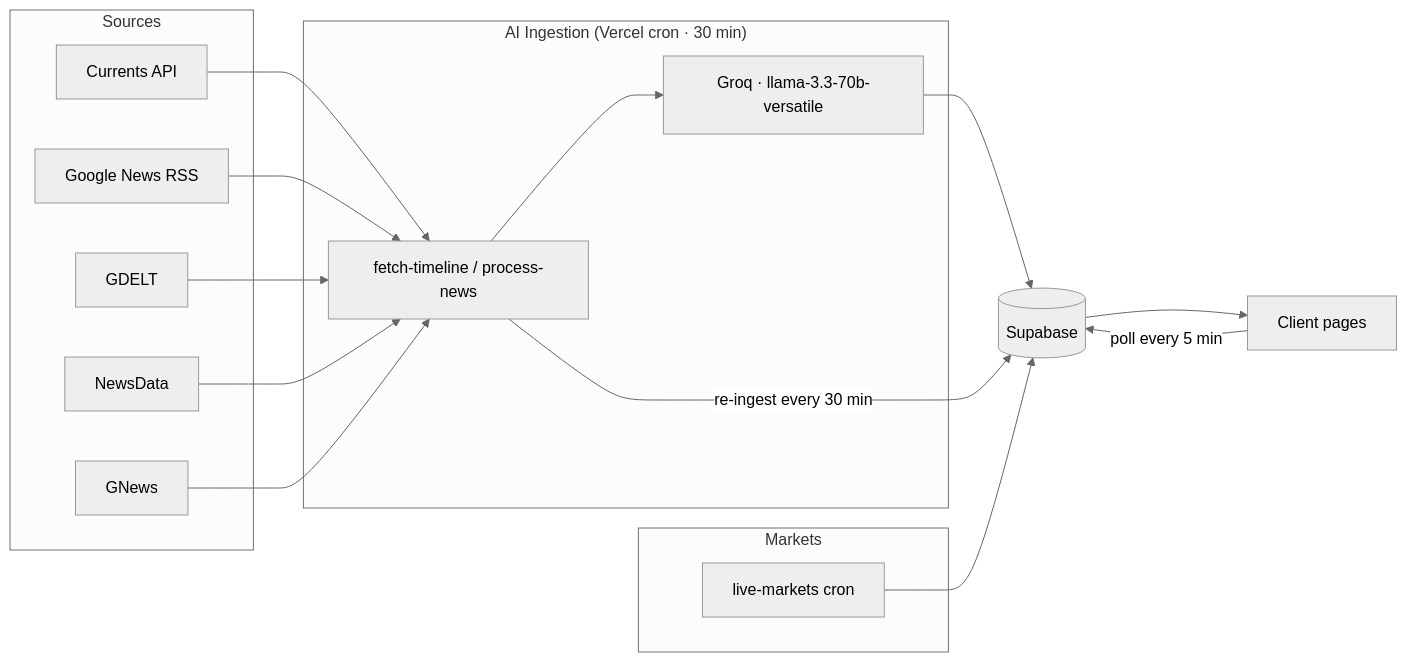
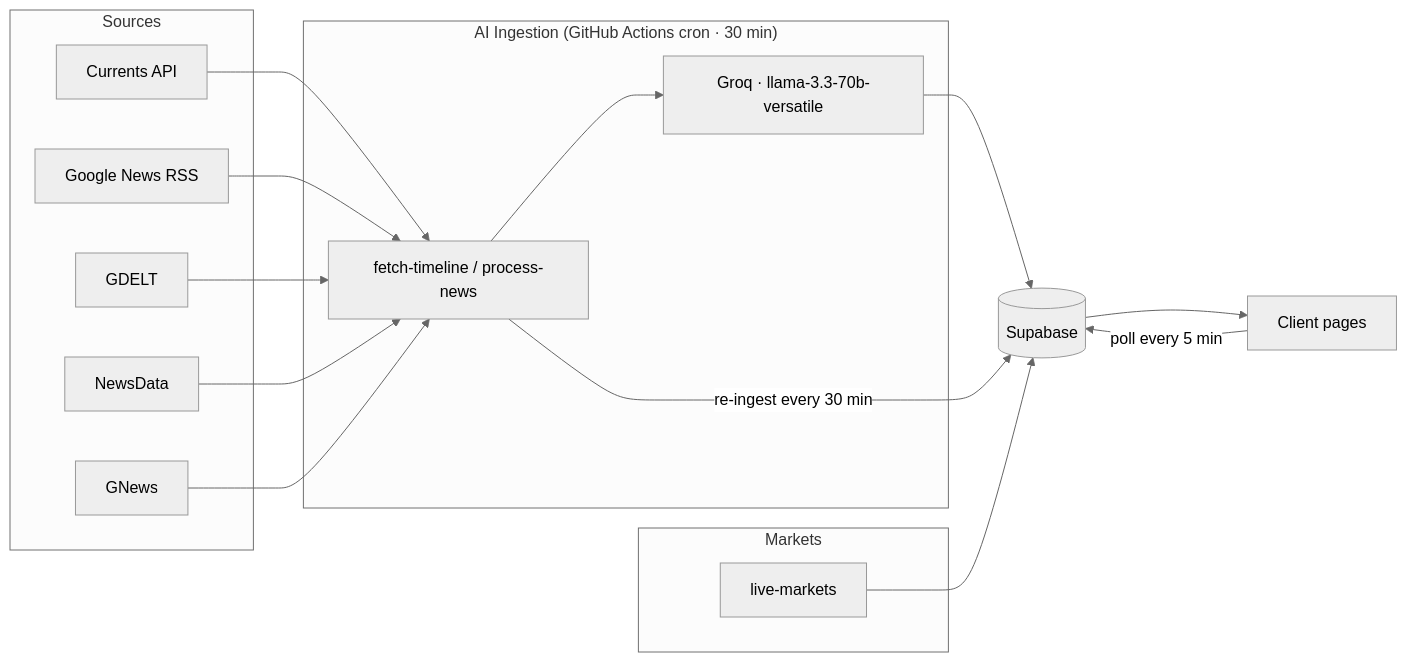
The diagram in README.md (conflictsee-arch/conflictsee), drawn with Mermaid (neutral theme) before and after one commit. The commit also changed other lines of this file and 5 other files, not shown here.

Commit message:
ci: move 30-min ingestion to GitHub Actions cron (free on Hobby), remove vercel.json crons

````diff
--- a/README.md
+++ b/README.md
@@ -26,28 +26,28 @@
 ```mermaid
 flowchart LR
     subgraph Sources
         A[Currents API]
         B[Google News RSS]
         C[GDELT]
         D[NewsData]
         E[GNews]
     end
 
-    subgraph Ingestion["AI Ingestion (Vercel cron · 30 min)"]
+    subgraph Ingestion["AI Ingestion (GitHub Actions cron · 30 min)"]
         F[fetch-timeline / process-news]
         G[Groq · llama-3.3-70b-versatile]
     end
 
     H[(Supabase)]
     I[Client pages]
 
     A & B & C & D & E --> F --> G --> H
     H --> I
     I -- "poll every 5 min" --> H
     F -- "re-ingest every 30 min" --> H
 
     subgraph Markets
-        J[live-markets cron]
+        J[live-markets]
     end
     J --> H
 ```
````
